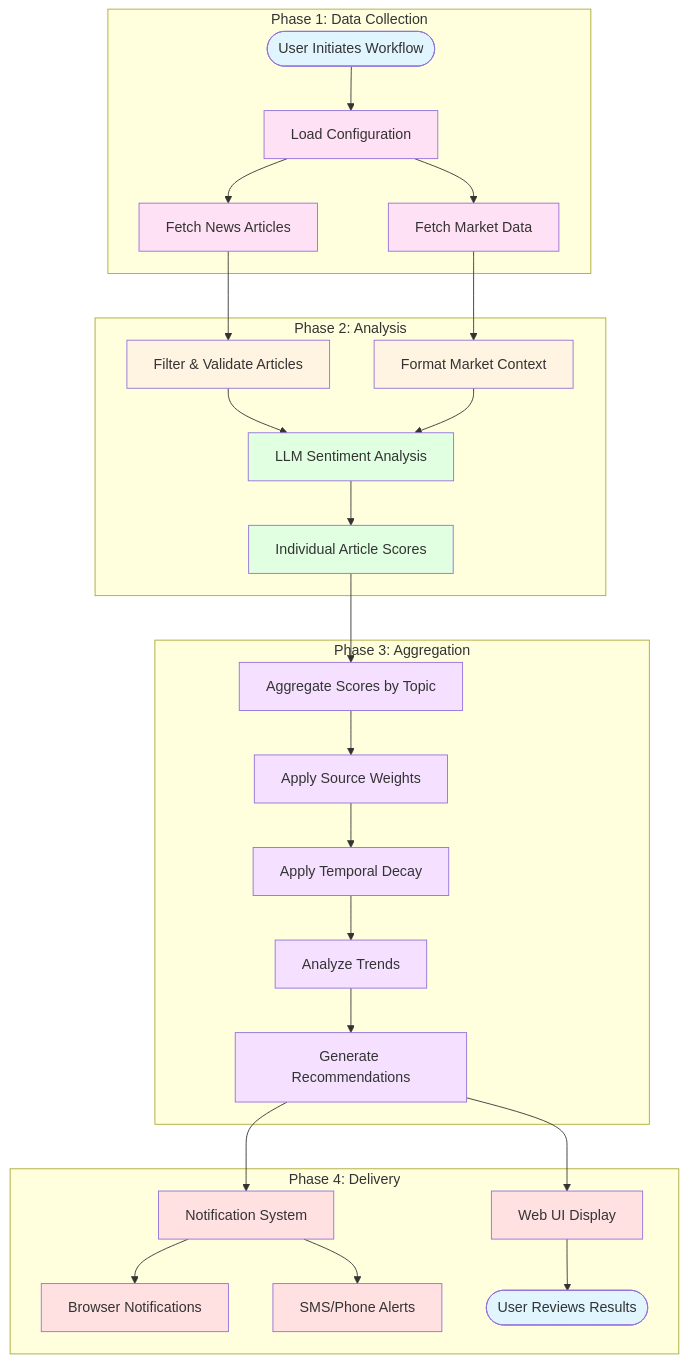
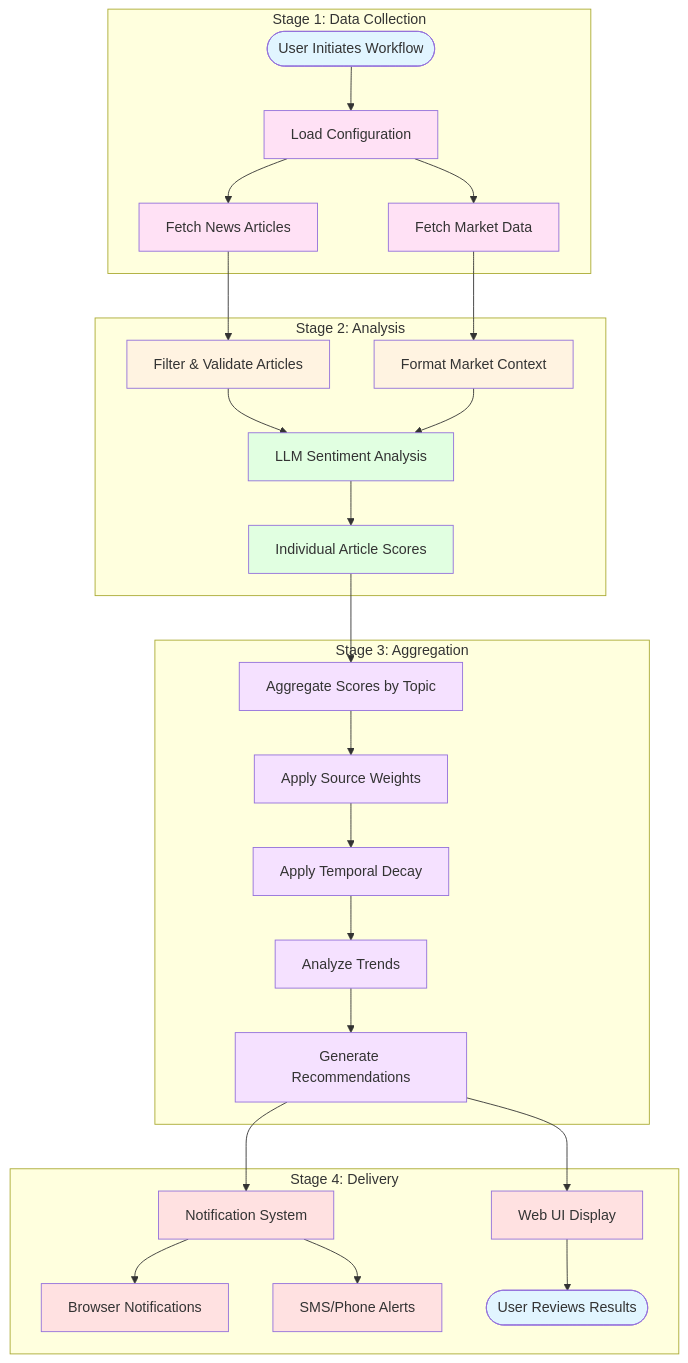
The first of 10 diagrams in docs/System_State_Flow.md (DJSeb/vuts), drawn with Mermaid before and after one commit. The commit also changed other lines of this file, not shown here.

Commit message:
Fix phase terminology in state flow diagram to use 'Stage' consistently

````diff
--- a/docs/System_State_Flow.md
+++ b/docs/System_State_Flow.md
@@ -20,51 +20,51 @@
 ```mermaid
 graph TB
-    subgraph "Phase 1: Data Collection"
+    subgraph "Stage 1: Data Collection"
         START([User Initiates Workflow]) --> CONFIG[Load Configuration]
         CONFIG --> FETCH[Fetch News Articles]
         CONFIG --> MARKET[Fetch Market Data]
     end
     
-    subgraph "Phase 2: Analysis"
+    subgraph "Stage 2: Analysis"
         FETCH --> FILTER[Filter & Validate Articles]
         MARKET --> CONTEXT[Format Market Context]
         FILTER --> LLM[LLM Sentiment Analysis]
         CONTEXT --> LLM
         LLM --> SCORES[Individual Article Scores]
     end
     
-    subgraph "Phase 3: Aggregation"
+    subgraph "Stage 3: Aggregation"
         SCORES --> AGG[Aggregate Scores by Topic]
         AGG --> WEIGHT[Apply Source Weights]
         WEIGHT --> DECAY[Apply Temporal Decay]
         DECAY --> TREND[Analyze Trends]
         TREND --> REC[Generate Recommendations]
     end
     
-    subgraph "Phase 4: Delivery"
+    subgraph "Stage 4: Delivery"
         REC --> UI[Web UI Display]
         REC --> NOTIFY[Notification System]
         NOTIFY --> BROWSER[Browser Notifications]
         NOTIFY --> SMS[SMS/Phone Alerts]
         UI --> USER([User Reviews Results])
     end
     
     style START fill:#e1f5ff
     style CONFIG fill:#ffe1f5
     style FETCH fill:#ffe1f5
     style MARKET fill:#ffe1f5
     style FILTER fill:#fff3e1
     style CONTEXT fill:#fff3e1
     style LLM fill:#e1ffe1
     style SCORES fill:#e1ffe1
     style AGG fill:#f5e1ff
     style WEIGHT fill:#f5e1ff
     style DECAY fill:#f5e1ff
     style TREND fill:#f5e1ff
     style REC fill:#f5e1ff
     style UI fill:#ffe1e1
     style NOTIFY fill:#ffe1e1
     style BROWSER fill:#ffe1e1
     style SMS fill:#ffe1e1
     style USER fill:#e1f5ff
 ```
````
